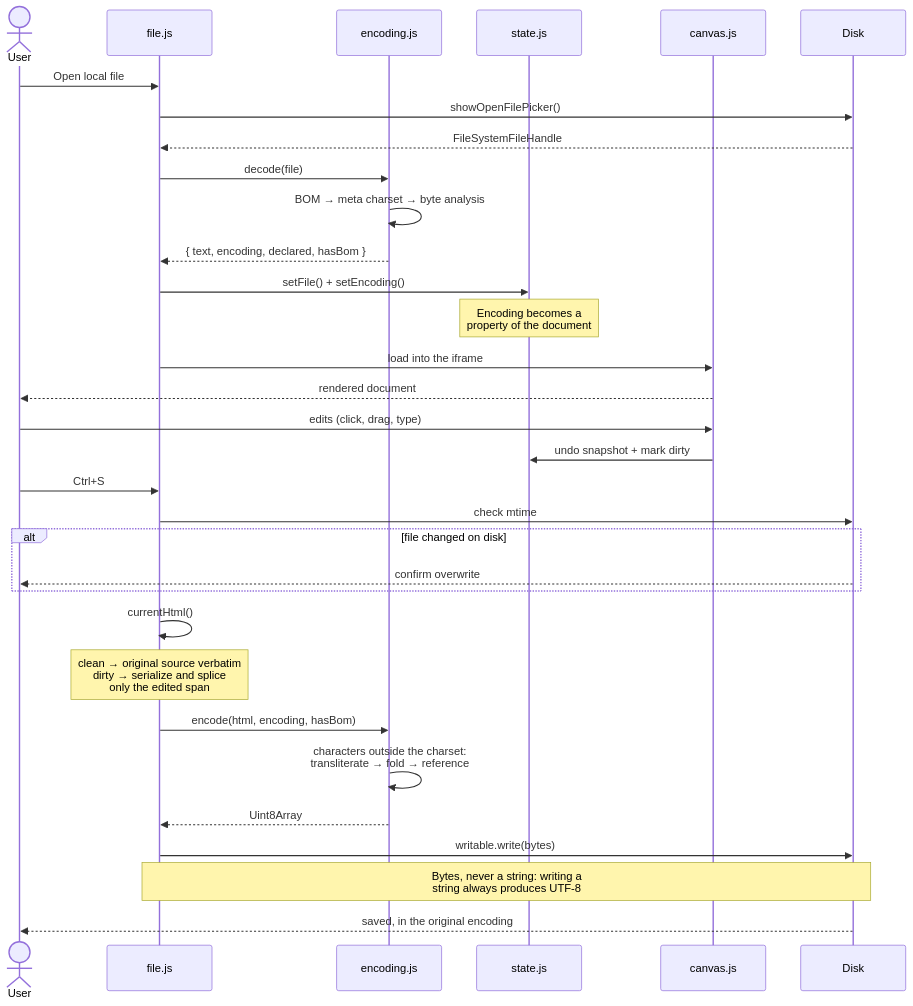
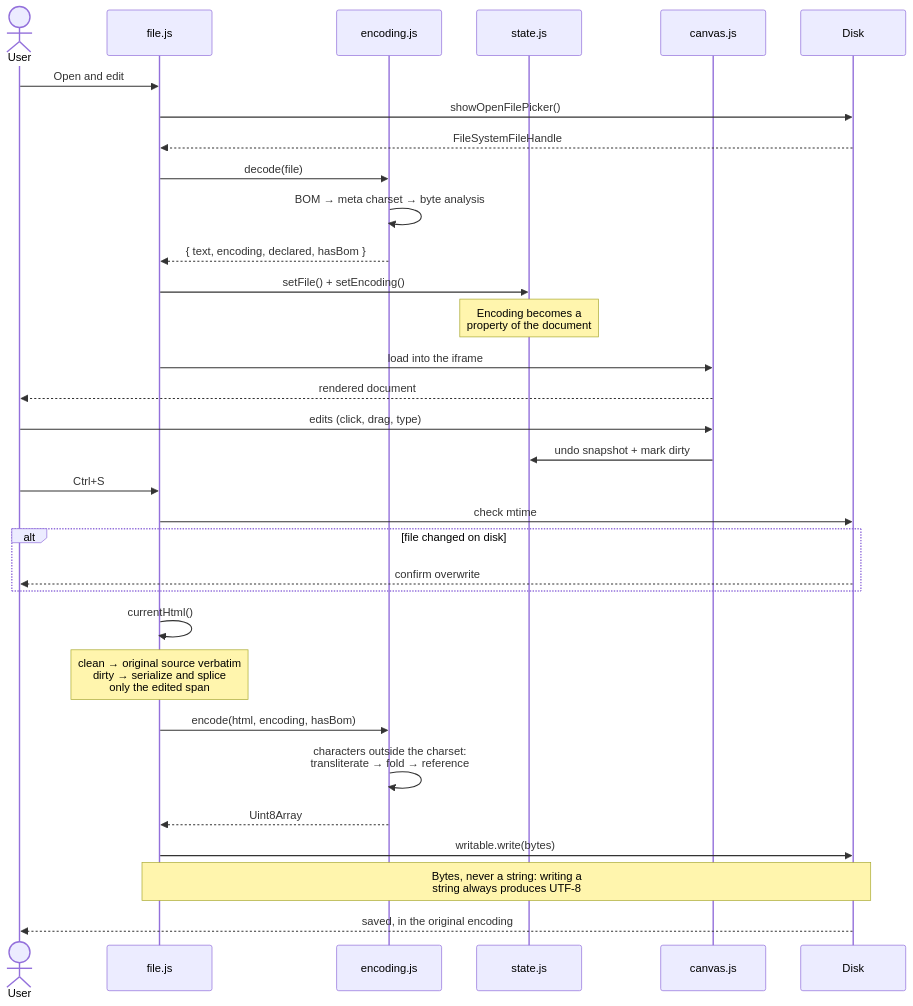
Before and after one commit to waldeyr/cej-editor: the fifth of 6 diagrams in README.md, drawn with Mermaid. The commit also changed other lines of this file and 30 other files, not shown here.

````diff
--- a/README.md
+++ b/README.md
@@ -602,37 +771,37 @@
 ```mermaid
 sequenceDiagram
     actor U as User
     participant F as file.js
     participant E as encoding.js
     participant S as state.js
     participant C as canvas.js
     participant D as Disk
 
-    U->>F: Open local file
+    U->>F: Open and edit
     F->>D: showOpenFilePicker()
     D-->>F: FileSystemFileHandle
     F->>E: decode(file)
     E->>E: BOM → meta charset → byte analysis
     E-->>F: { text, encoding, declared, hasBom }
     F->>S: setFile() + setEncoding()
     Note over S: Encoding becomes a<br/>property of the document
     F->>C: load into the iframe
     C-->>U: rendered document
 
     U->>C: edits (click, drag, type)
     C->>S: undo snapshot + mark dirty
 
     U->>F: Ctrl+S
     F->>D: check mtime
     alt file changed on disk
         D-->>U: confirm overwrite
     end
     F->>F: currentHtml()
     Note over F: clean → original source verbatim<br/>dirty → serialize and splice<br/>only the edited span
     F->>E: encode(html, encoding, hasBom)
     E->>E: characters outside the charset:<br/>transliterate → fold → reference
     E-->>F: Uint8Array
     F->>D: writable.write(bytes)
     Note over F,D: Bytes, never a string: writing a<br/>string always produces UTF-8
     D-->>U: saved, in the original encoding
 ```
````
